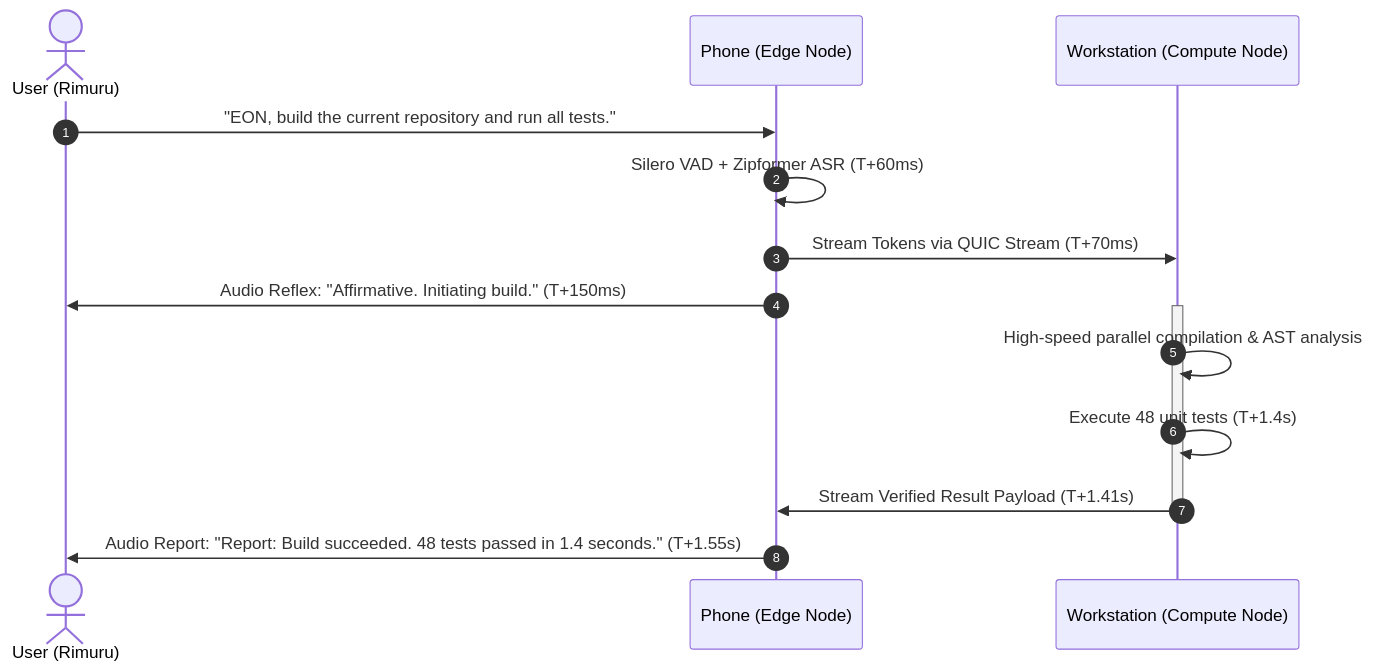
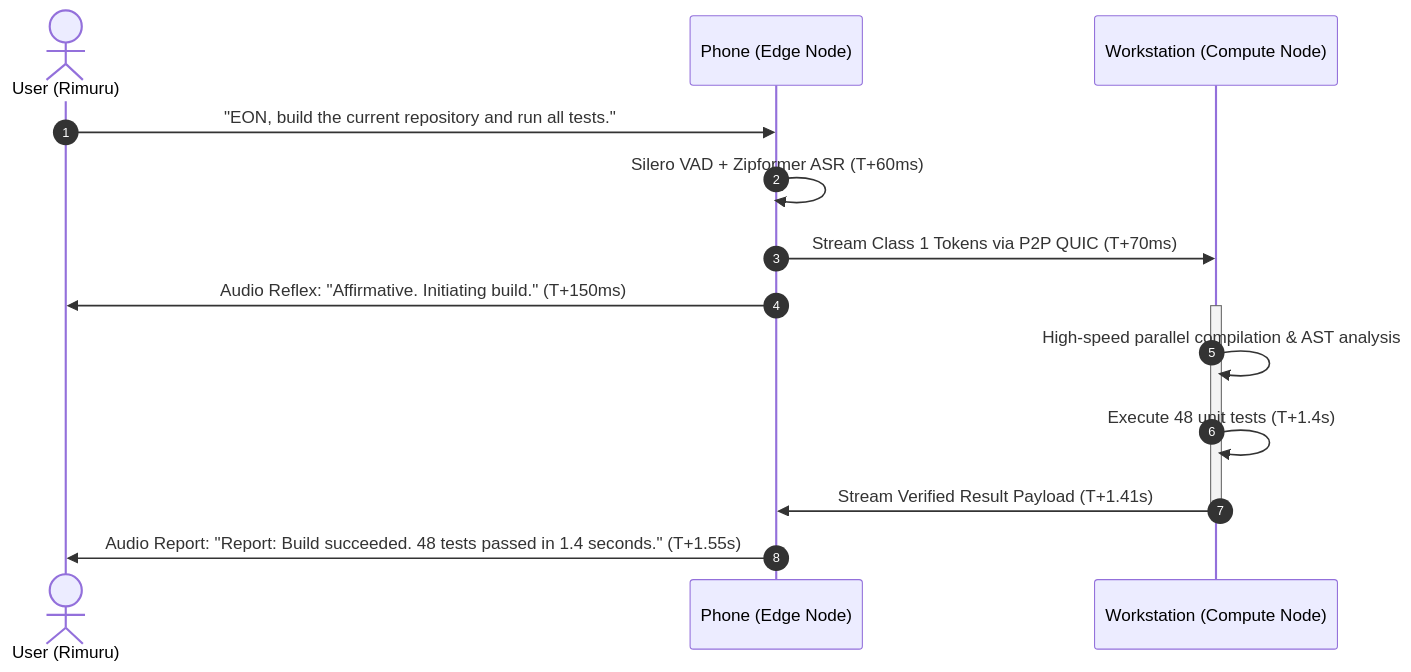
Before and after one commit to Imperialorg/Eonba: the second of 3 diagrams in docs/DISTRIBUTED_NETWORKING_MESH.md, drawn with Mermaid. The commit also changed other lines of this file and 24 other files, not shown here.

````diff
--- a/docs/DISTRIBUTED_NETWORKING_MESH.md
+++ b/docs/DISTRIBUTED_NETWORKING_MESH.md
@@ -55,20 +87,20 @@
 ```mermaid
 sequenceDiagram
     autonumber
     actor User as User (Rimuru)
     participant Phone as Phone (Edge Node)
     participant Desktop as Workstation (Compute Node)
 
     User->>Phone: "EON, build the current repository and run all tests."
     Phone->>Phone: Silero VAD + Zipformer ASR (T+60ms)
-    Phone->>Desktop: Stream Tokens via QUIC Stream (T+70ms)
+    Phone->>Desktop: Stream Class 1 Tokens via P2P QUIC (T+70ms)
     Phone->>User: Audio Reflex: "Affirmative. Initiating build." (T+150ms)
     
     activate Desktop
     Desktop->>Desktop: High-speed parallel compilation & AST analysis
     Desktop->>Desktop: Execute 48 unit tests (T+1.4s)
     Desktop->>Phone: Stream Verified Result Payload (T+1.41s)
     deactivate Desktop
 
     Phone->>User: Audio Report: "Report: Build succeeded. 48 tests passed in 1.4 seconds." (T+1.55s)
 ```
````
